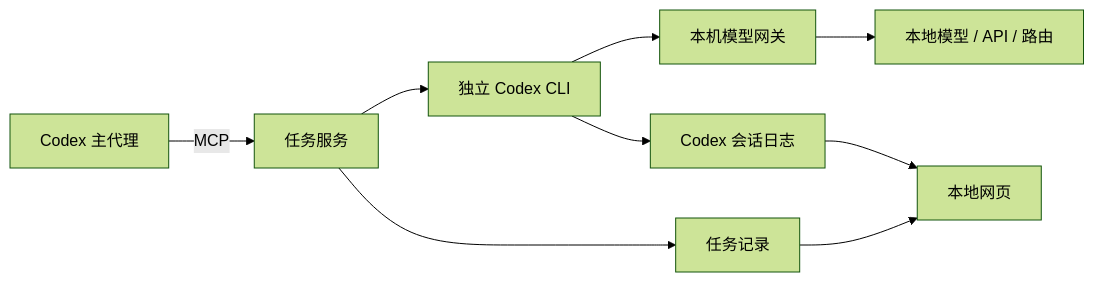
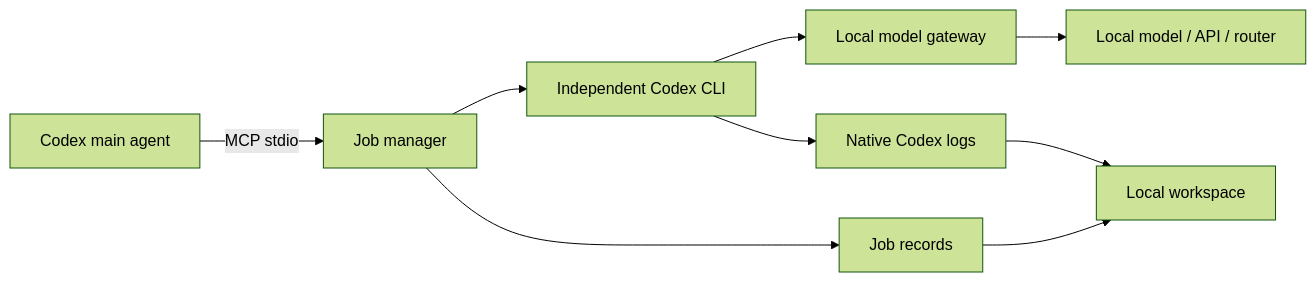
The diagram in README.md (CandyRGB/codex-exo-subagent-mcp), drawn with Mermaid (forest theme) before and after one commit. The commit also changed other lines of this file and 1 other file, not shown here.

````diff
--- a/README.md
+++ b/README.md
@@ -109,11 +123,11 @@
 ```mermaid
 flowchart LR
-  A[Codex 主代理] -->|MCP| B[任务服务]
-  B --> C[独立 Codex CLI]
-  C --> D[本机模型网关]
-  D --> E[本地模型 / API / 路由]
-  B --> F[任务记录]
-  C --> G[Codex 会话日志]
-  F --> H[本地网页]
+  A["Codex main agent"] -->|MCP stdio| B["Job manager"]
+  B --> C["Independent Codex CLI"]
+  C --> D["Local model gateway"]
+  D --> E["Local model / API / router"]
+  B --> F["Job records"]
+  C --> G["Native Codex logs"]
+  F --> H["Local workspace"]
   G --> H
 ```
````
